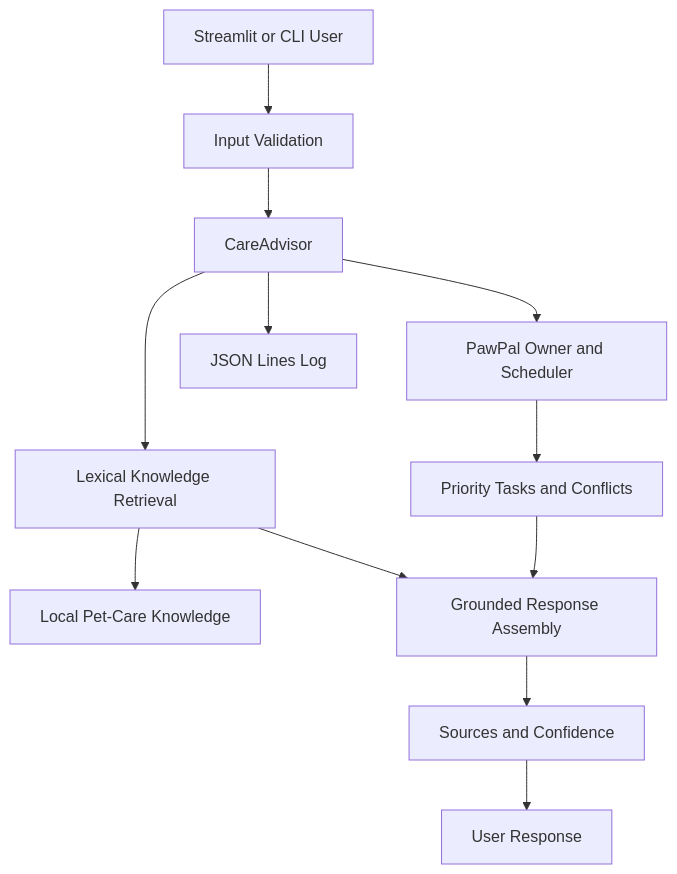
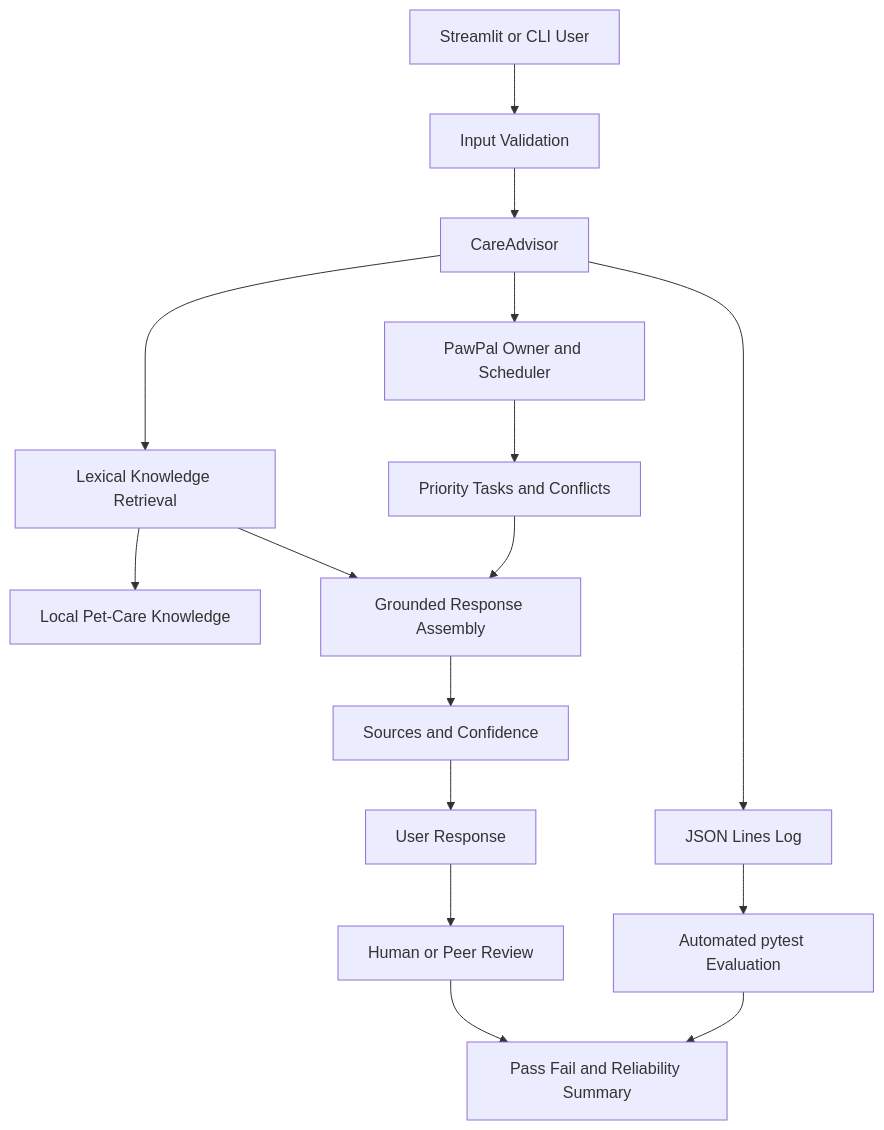
The diagram in diagrams/architecture.mmd (Gbemiga04/applied-ai-system-project), drawn with Mermaid before and after one commit. The commit also changed 5 other files, not shown here.

Commit message:
Complete README, model card, architecture, and evaluation requirements

```diff
--- a/diagrams/architecture.mmd
+++ b/diagrams/architecture.mmd
@@ -1,12 +1,16 @@
 flowchart TD
     A[Streamlit or CLI User] --> B[Input Validation]
     B --> C[CareAdvisor]
     C --> D[Lexical Knowledge Retrieval]
     D --> E[Local Pet-Care Knowledge]
     C --> F[PawPal Owner and Scheduler]
     F --> G[Priority Tasks and Conflicts]
     D --> H[Grounded Response Assembly]
     G --> H
     H --> I[Sources and Confidence]
     I --> J[User Response]
     C --> K[JSON Lines Log]
+    L[Automated pytest Evaluation] --> M[Pass Fail and Reliability Summary]
+    N[Human or Peer Review] --> M
+    J --> N
+    K --> L
```
